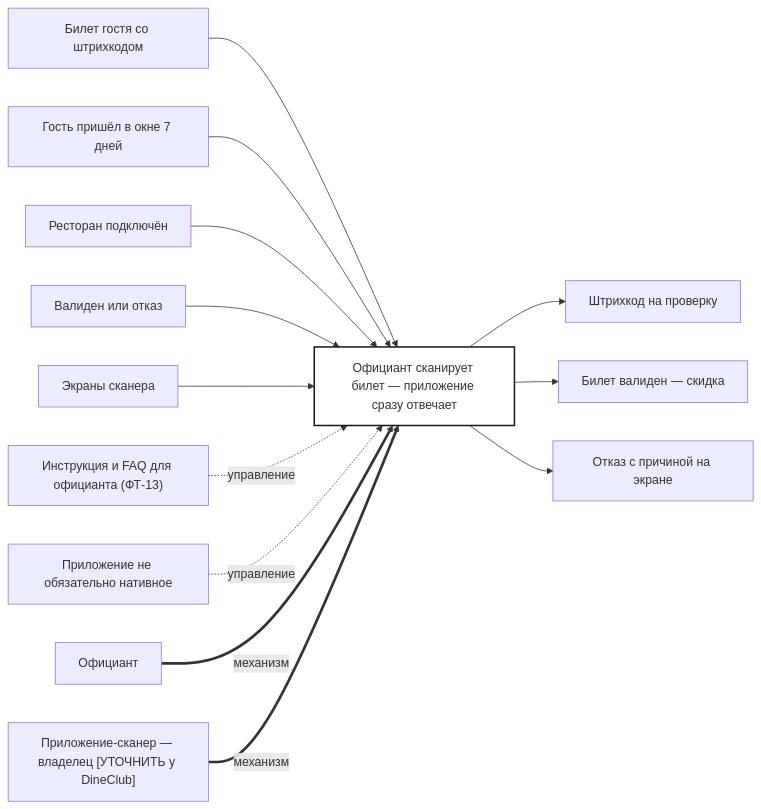
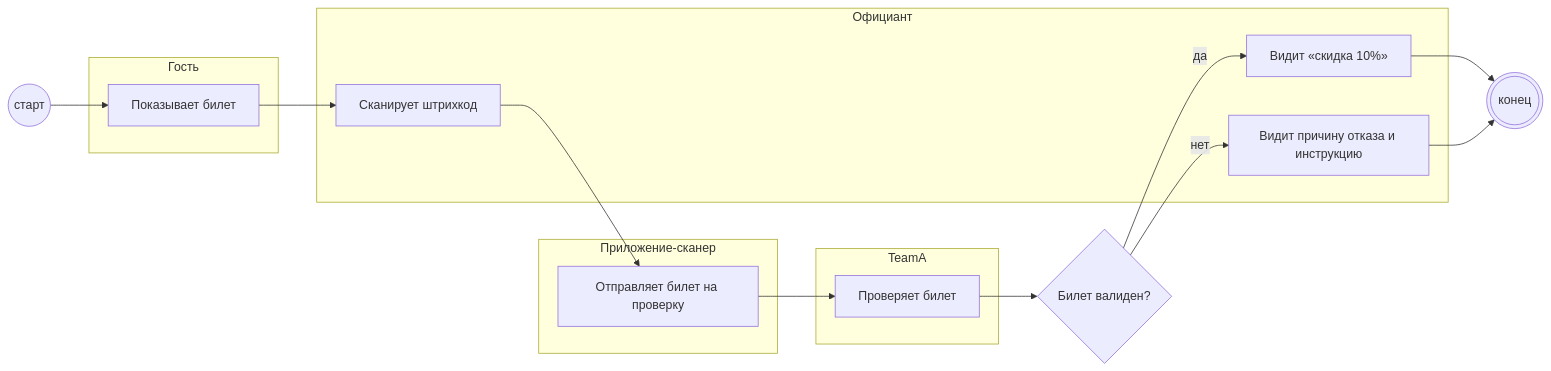
The diagram in skills/bft-blueprint/examples/dineclub-restart-blueprint/backlog/tasks/bp-15.1 - Официант-сканирует-билет-—-приложение-сразу-отвечает.md (po-helper-org/poh-bft-writer), drawn with Mermaid before and after one commit. The commit also changed other lines of this file and 60 other files, not shown here.

````diff
--- a/skills/bft-blueprint/examples/dineclub-restart-blueprint/backlog/tasks/bp-15.1 - Официант-сканирует-билет-—-приложение-сразу-отвечает.md
+++ b/skills/bft-blueprint/examples/dineclub-restart-blueprint/backlog/tasks/bp-15.1 - Официант-сканирует-билет-—-приложение-сразу-отвечает.md
@@ -31,17 +49,29 @@
 ```mermaid
 flowchart LR
-  A0["Официант сканирует билет — приложение сразу отвечает"]
-  in1["Билет гостя со штрихкодом"] --> A0
-  in2["Гость пришёл в окне 7 дней"] --> A0
-  in3["Ресторан подключён"] --> A0
-  in4["Валиден или отказ"] --> A0
-  in5["Экраны сканера"] --> A0
-  ctl1["Инструкция и FAQ для официанта (ФТ-13)"] -. управление .-> A0
-  ctl2["Приложение не обязательно нативное"] -. управление .-> A0
-  mech1["Официант"] == механизм ==> A0
-  mech2["Приложение-сканер — владелец [УТОЧНИТЬ у DineClub]"] == механизм ==> A0
-  A0 --> out1["Штрихкод на проверку"]
-  A0 --> out2["Билет валиден — скидка"]
-  A0 --> out3["Отказ с причиной на экране"]
-  style A0 fill:#fff,stroke:#1c1c1c,stroke-width:2px
+  S(("старт"))
+  subgraph L1["Гость"]
+    N1["Показывает билет"]
+  end
+  subgraph L2["Официант"]
+    N2["Сканирует штрихкод"]
+    N6["Видит «скидка 10%»"]
+    N7["Видит причину отказа и инструкцию"]
+  end
+  subgraph L3["Приложение-сканер"]
+    N3["Отправляет билет на проверку"]
+  end
+  subgraph L4["TeamA"]
+    N4["Проверяет билет"]
+  end
+  G5{"Билет валиден?"}
+  E((("конец")))
+  S --> N1
+  N1 --> N2
+  N2 --> N3
+  N3 --> N4
+  N4 --> G5
+  G5 -- да --> N6
+  G5 -- нет --> N7
+  N6 --> E
+  N7 --> E
 ```
````
